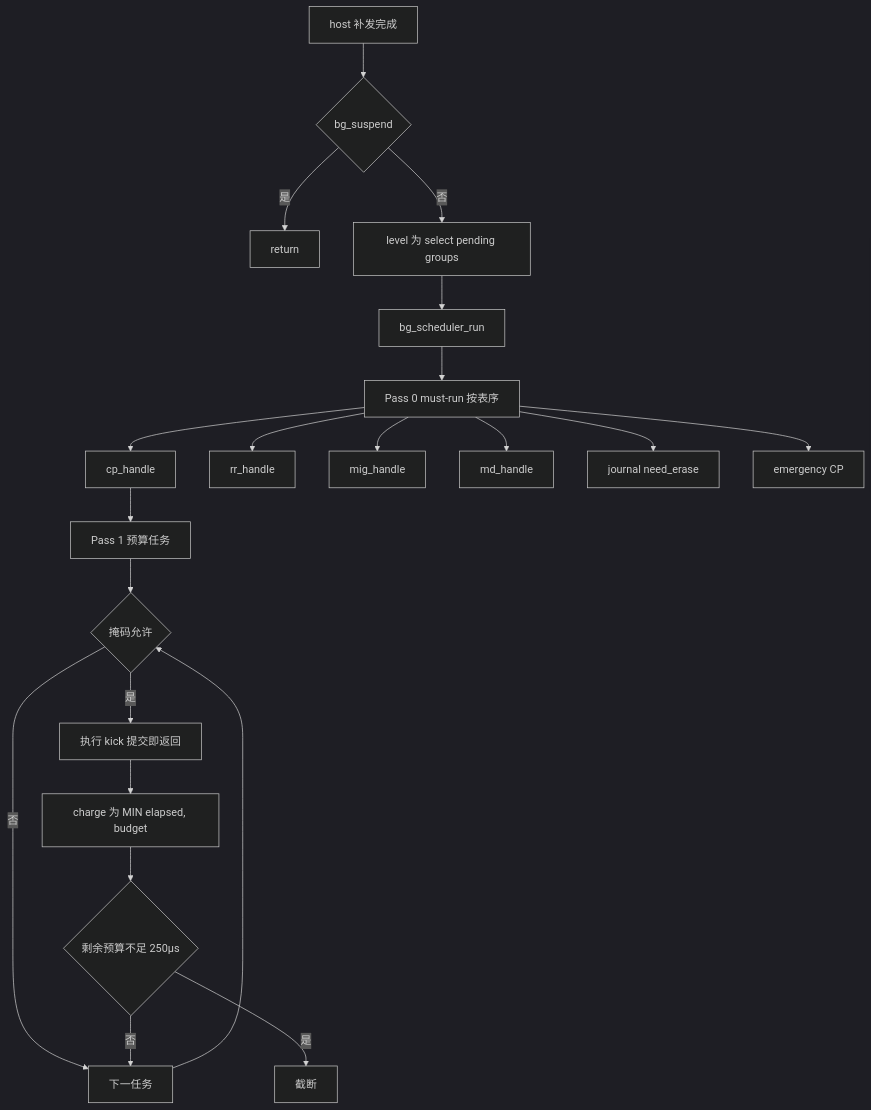
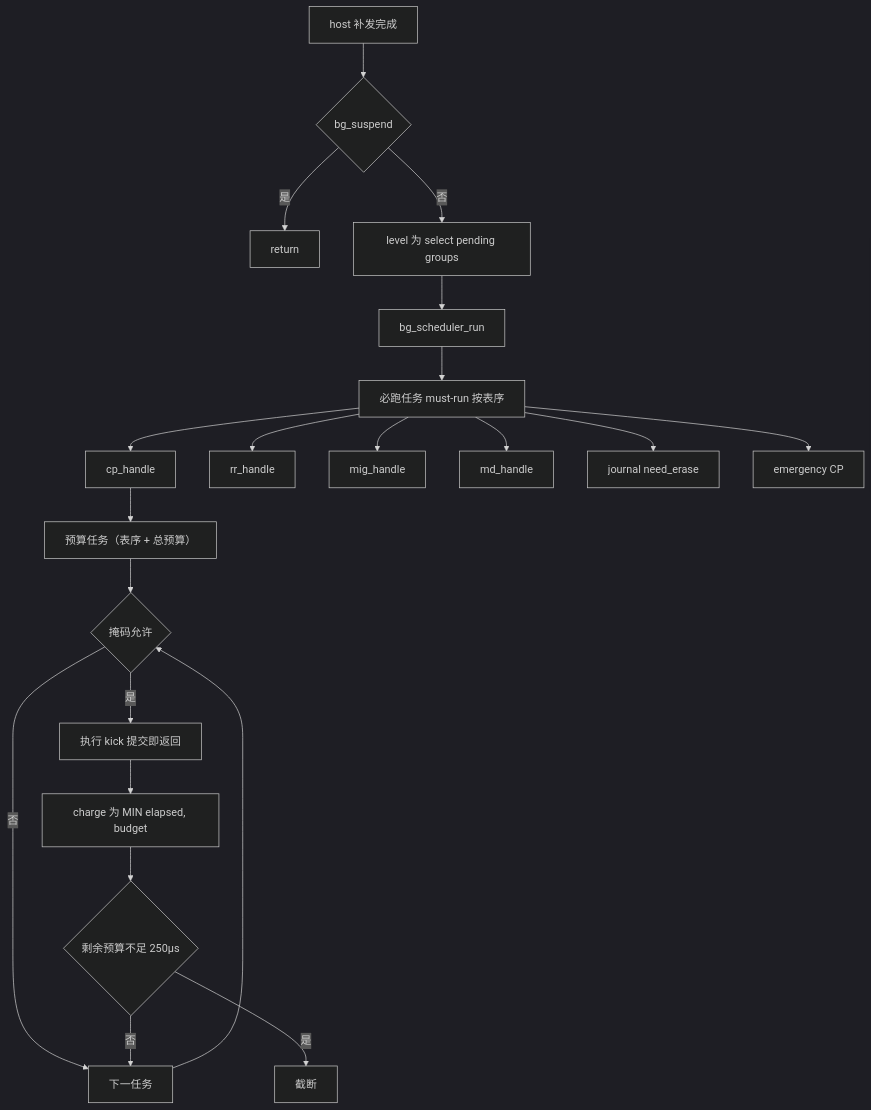
One commit to YzYMIAO/BASESSD changed diagram 33 of 34 in docs/design/ftl_design.md. Above: the diagram before and after it, drawn with Mermaid (dark theme). The commit also changed other lines of this file and 23 other files, not shown here.

````diff
--- a/docs/design/ftl_design.md
+++ b/docs/design/ftl_design.md
@@ -4680,23 +4680,23 @@
 ```mermaid
 flowchart TD
     A["host 补发完成"] --> B{"bg_suspend"}
     B -- "是" --> Z["return"]
     B -- "否" --> C["level 为 select pending groups"]
     C --> D["bg_scheduler_run"]
-    D --> E["Pass 0 must-run 按表序"]
+    D --> E["必跑任务 must-run 按表序"]
     E --> E1["cp_handle"]
     E --> E2["rr_handle"]
     E --> E3["mig_handle"]
     E --> E4["md_handle"]
     E --> E5["journal need_erase"]
     E --> E6["emergency CP"]
-    E1 --> F["Pass 1 预算任务"]
+    E1 --> F["预算任务（表序 + 总预算）"]
     F --> F1{"掩码允许"}
     F1 -- "否" --> G["下一任务"]
     F1 -- "是" --> F3["执行 kick 提交即返回"]
     F3 --> F4["charge 为 MIN elapsed, budget"]
     F4 --> F5{"剩余预算不足 250µs"}
     F5 -- "是" --> H["截断"]
     F5 -- "否" --> G
     G --> F1
 ```
````
